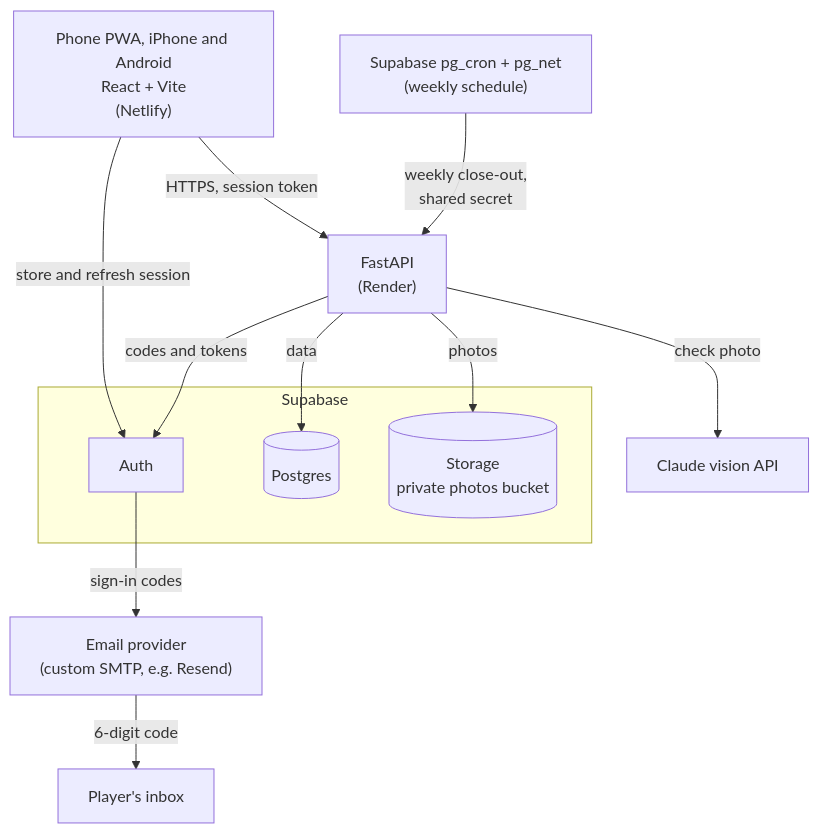
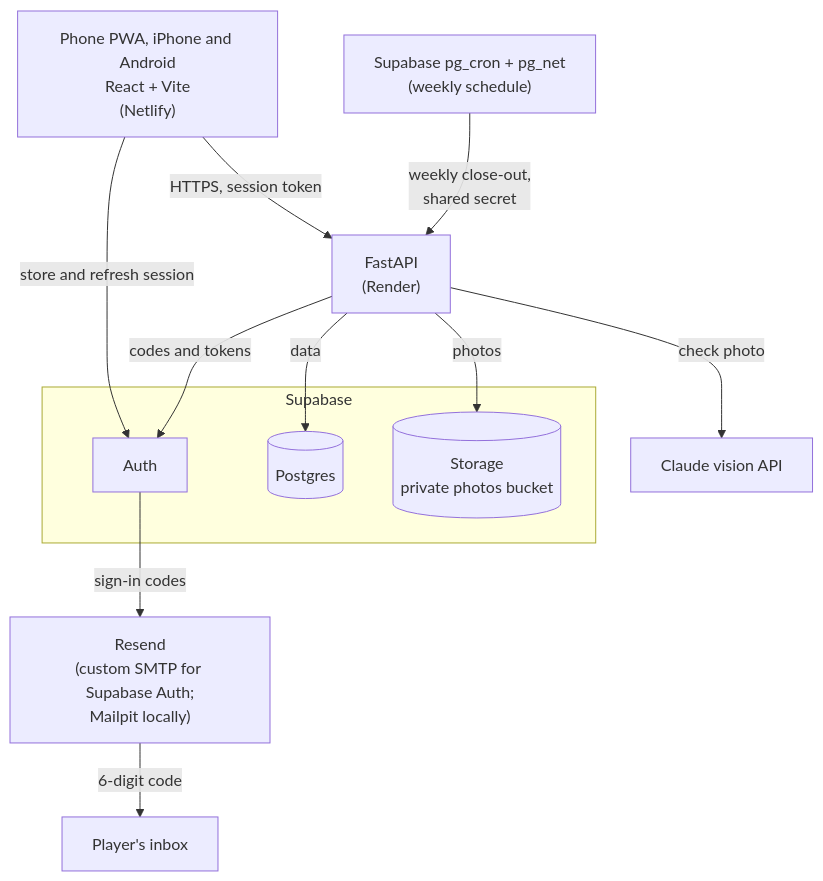
One commit to azamatsmith/soul-search changed the first of 5 diagrams in docs/architecture.md. Above: the diagram before and after it, drawn with Mermaid. The commit also changed other lines of this file, not shown here.

Commit message:
docs: name resend and mailpit in the architecture diagram

````diff
--- a/docs/architecture.md
+++ b/docs/architecture.md
@@ -9,25 +9,25 @@
 ```mermaid
 flowchart TB
     phone["Phone PWA, iPhone and Android<br/>React + Vite<br/>(Netlify)"]
     api["FastAPI<br/>(Render)"]
     claude["Claude vision API"]
-    email["Email provider<br/>(custom SMTP, e.g. Resend)"]
+    email["Resend<br/>(custom SMTP for Supabase Auth;<br/>Mailpit locally)"]
     inbox["Player's inbox"]
     cron["Supabase pg_cron + pg_net<br/>(weekly schedule)"]
 
     subgraph supabase["Supabase"]
         auth["Auth"]
         db[("Postgres")]
         storage[("Storage<br/>private photos bucket")]
     end
 
     phone -- "HTTPS, session token" --> api
     phone -- "store and refresh session" --> auth
     api -- "check photo" --> claude
     api -- "codes and tokens" --> auth
     api -- "data" --> db
     api -- "photos" --> storage
     cron -- "weekly close-out,<br/>shared secret" --> api
     auth -- "sign-in codes" --> email
     email -- "6-digit code" --> inbox
 ```
````
